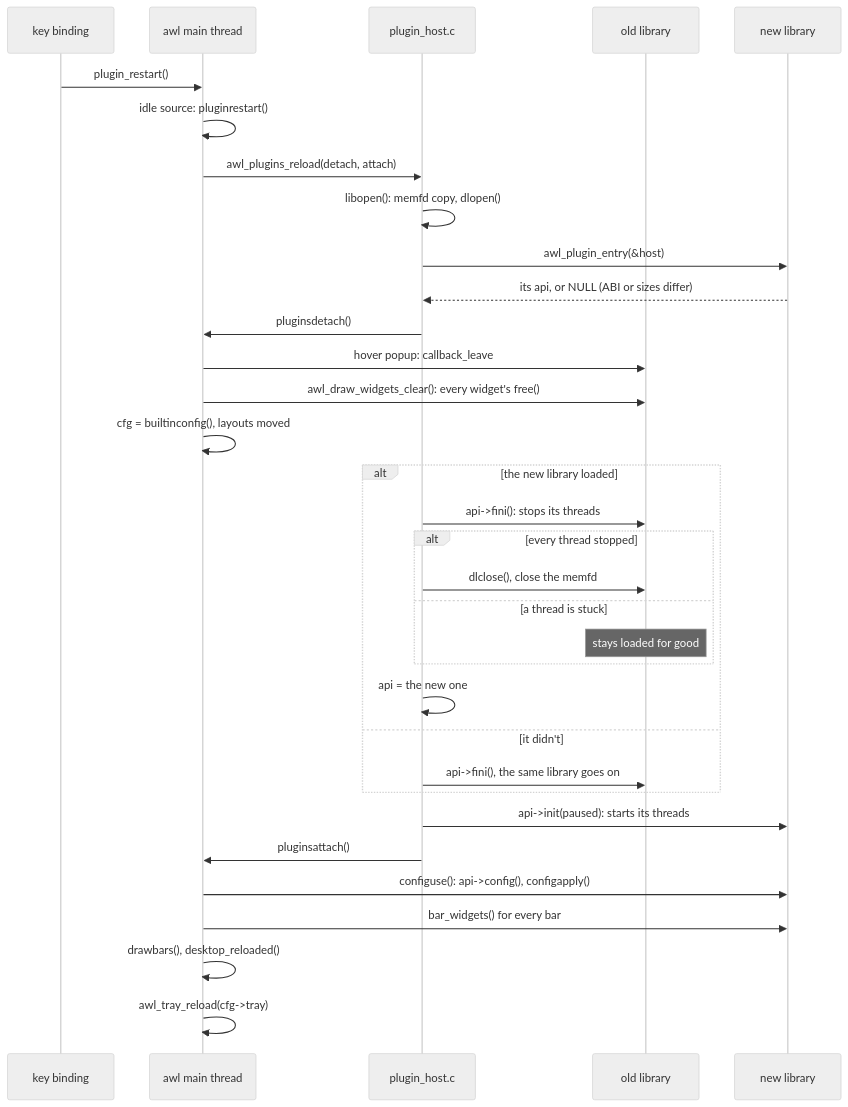
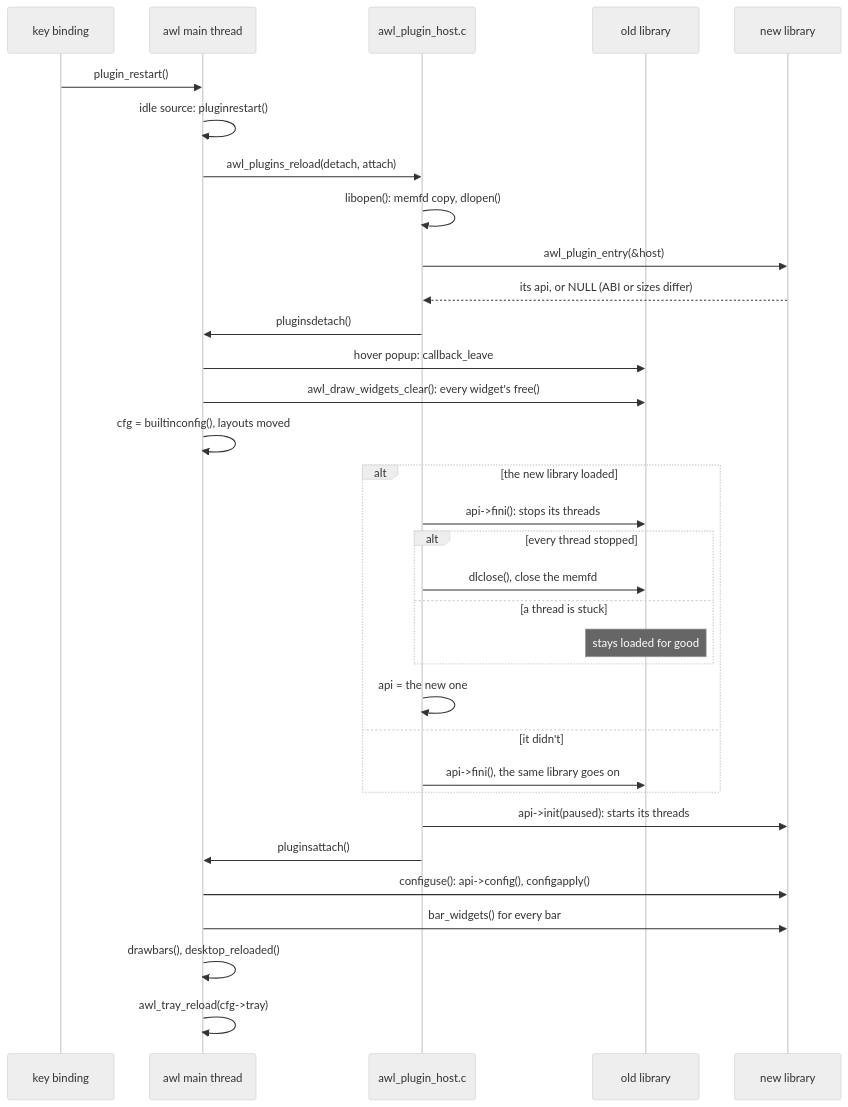
Before and after one commit to alcubierre-drive/awl: the first of 3 diagrams in doc/reload.rst, drawn with Mermaid (neutral theme). The commit also changed other lines of this file and 29 other files, not shown here.

```diff
--- a/doc/reload.rst
+++ b/doc/reload.rst
@@ -66,35 +66,35 @@
 .. mermaid::
 
    sequenceDiagram
      participant K as key binding
      participant D as awl main thread
-     participant H as plugin_host.c
+     participant H as awl_plugin_host.c
      participant O as old library
      participant N as new library
      K->>D: plugin_restart()
      D->>D: idle source: pluginrestart()
      D->>H: awl_plugins_reload(detach, attach)
      H->>H: libopen(): memfd copy, dlopen()
      H->>N: awl_plugin_entry(&host)
      N-->>H: its api, or NULL (ABI or sizes differ)
      H->>D: pluginsdetach()
      D->>O: hover popup: callback_leave
      D->>O: awl_draw_widgets_clear(): every widget's free()
      D->>D: cfg = builtinconfig(), layouts moved
      alt the new library loaded
        H->>O: api->fini(): stops its threads
        alt every thread stopped
          H->>O: dlclose(), close the memfd
        else a thread is stuck
          Note over O: stays loaded for good
        end
        H->>H: api = the new one
      else it didn't
        H->>O: api->fini(), the same library goes on
      end
      H->>N: api->init(paused): starts its threads
      H->>D: pluginsattach()
      D->>N: configuse(): api->config(), configapply()
      D->>N: bar_widgets() for every bar
      D->>D: drawbars(), desktop_reloaded()
      D->>D: awl_tray_reload(cfg->tray)
```
